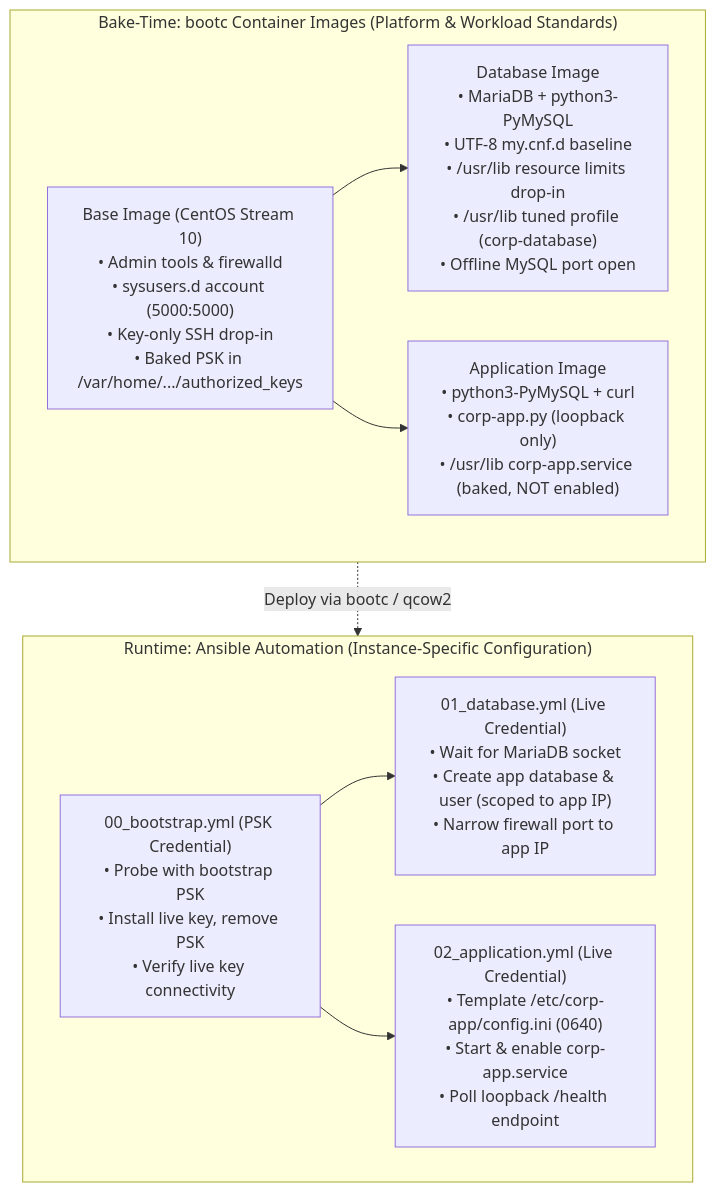
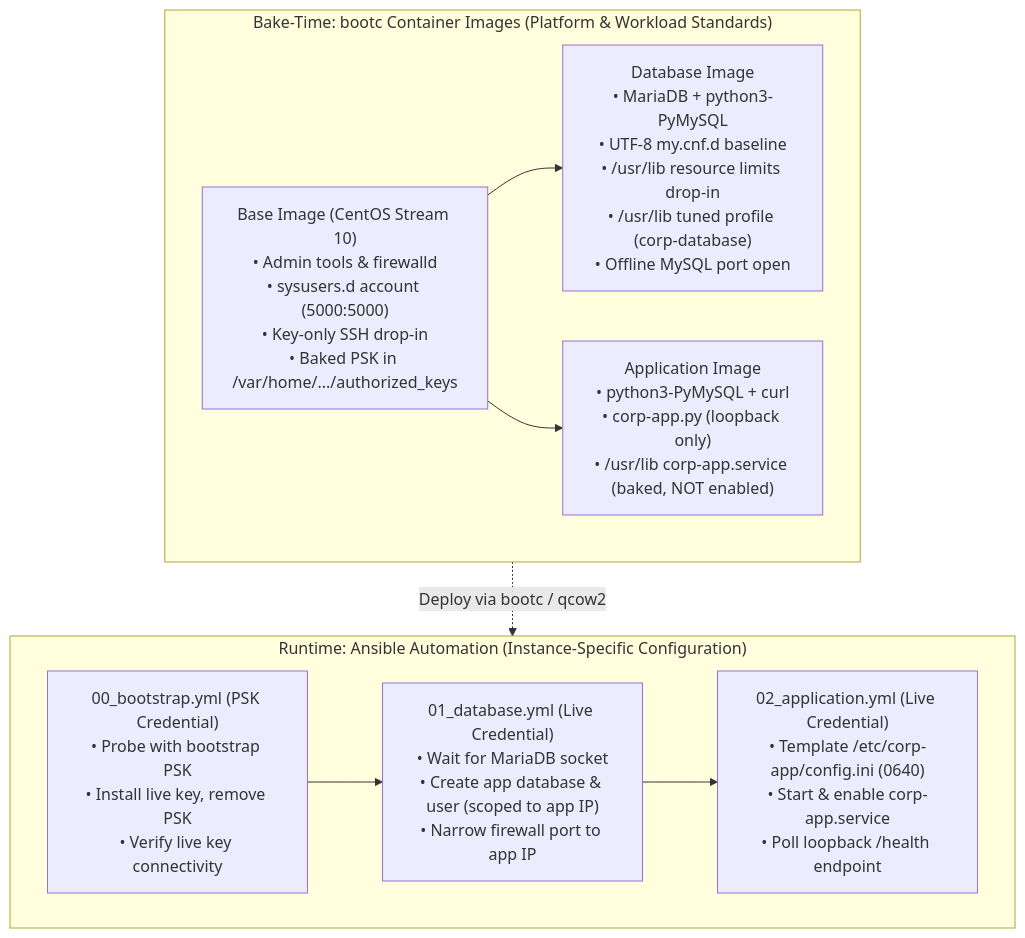
One commit to nzwulfin/ansible-bootc changed the first of 2 diagrams in README.md. Above: the diagram before and after it, drawn with Mermaid. The commit also changed other lines of this file, not shown here.

````diff
--- a/README.md
+++ b/README.md
@@ -98,22 +106,21 @@
 ```mermaid
 graph TD
     subgraph BuildTime ["Bake-Time: bootc Container Images (Platform & Workload Standards)"]
         Base["Base Image (CentOS Stream 10)<br/>• Admin tools & firewalld<br/>• sysusers.d account (5000:5000)<br/>• Key-only SSH drop-in<br/>• Baked PSK in /var/home/.../authorized_keys"]
         DB["Database Image<br/>• MariaDB + python3-PyMySQL<br/>• UTF-8 my.cnf.d baseline<br/>• /usr/lib resource limits drop-in<br/>• /usr/lib tuned profile (corp-database)<br/>• Offline MySQL port open"]
         App["Application Image<br/>• python3-PyMySQL + curl<br/>• corp-app.py (loopback only)<br/>• /usr/lib corp-app.service (baked, NOT enabled)"]
 
         Base --> DB
         Base --> App
     end
 
     subgraph Runtime ["Runtime: Ansible Automation (Instance-Specific Configuration)"]
         P0["00_bootstrap.yml (PSK Credential)<br/>• Probe with bootstrap PSK<br/>• Install live key, remove PSK<br/>• Verify live key connectivity"]
         P1["01_database.yml (Live Credential)<br/>• Wait for MariaDB socket<br/>• Create app database & user (scoped to app IP)<br/>• Narrow firewall port to app IP"]
         P2["02_application.yml (Live Credential)<br/>• Template /etc/corp-app/config.ini (0640)<br/>• Start & enable corp-app.service<br/>• Poll loopback /health endpoint"]
 
-        P0 --> P1
-        P0 --> P2
+        P0 --> P1 --> P2
     end
 
     BuildTime -.->|Deploy via bootc / qcow2| Runtime
 ```
````
